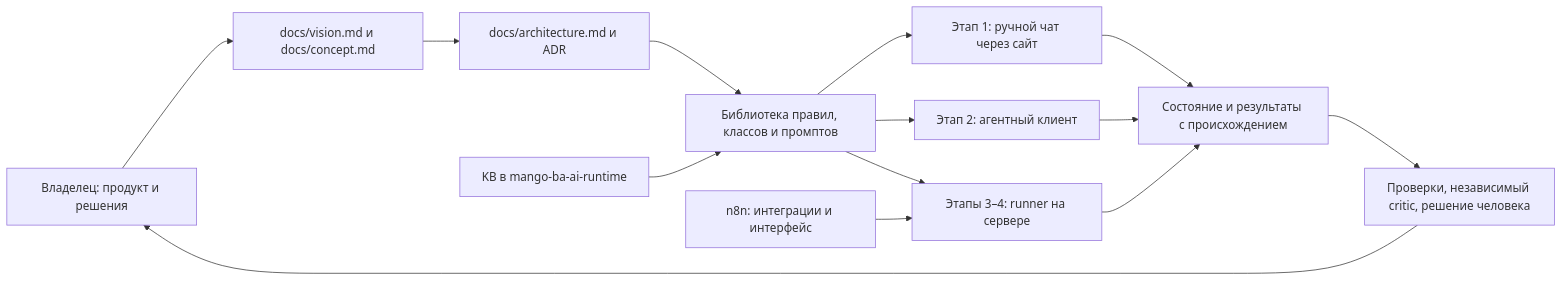
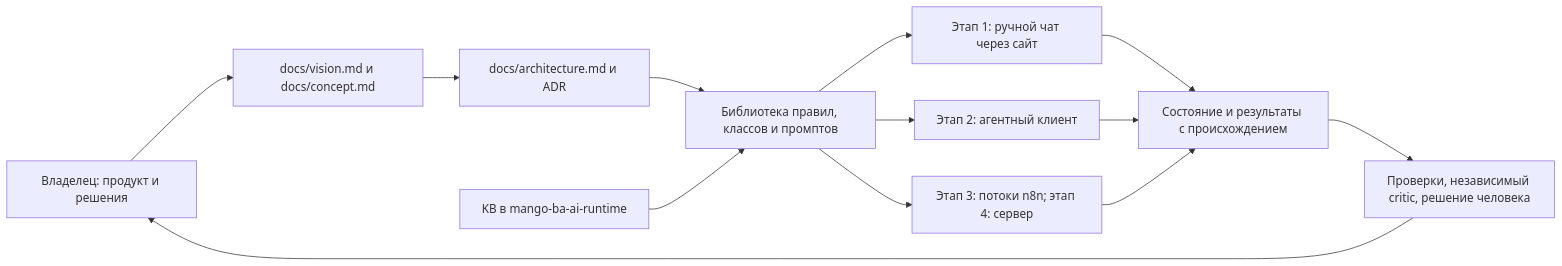
One commit to G-Ivan-A/mango_ba_prompts changed the diagram in docs/rfc/2026-10-repository-modernization.md. Above: the diagram before and after it, drawn with Mermaid. The commit also changed other lines of this file and 3 other files, not shown here.

````diff
--- a/docs/rfc/2026-10-repository-modernization.md
+++ b/docs/rfc/2026-10-repository-modernization.md
@@ -329,16 +344,15 @@
 ```mermaid
 flowchart LR
   O[Владелец: продукт и решения] --> V[docs/vision.md и docs/concept.md]
   V --> A[docs/architecture.md и ADR]
   A --> L[Библиотека правил, классов и промптов]
   K[KB в mango-ba-ai-runtime] --> L
   L --> M[Этап 1: ручной чат через сайт]
   L --> I[Этап 2: агентный клиент]
-  L --> R[Этапы 3–4: runner на сервере]
-  N[n8n: интеграции и интерфейс] --> R
+  L --> R[Этап 3: потоки n8n; этап 4: сервер]
   M --> C[Состояние и результаты с происхождением]
   I --> C
   R --> C
   C --> Q[Проверки, независимый critic, решение человека]
   Q --> O
 ```
````
